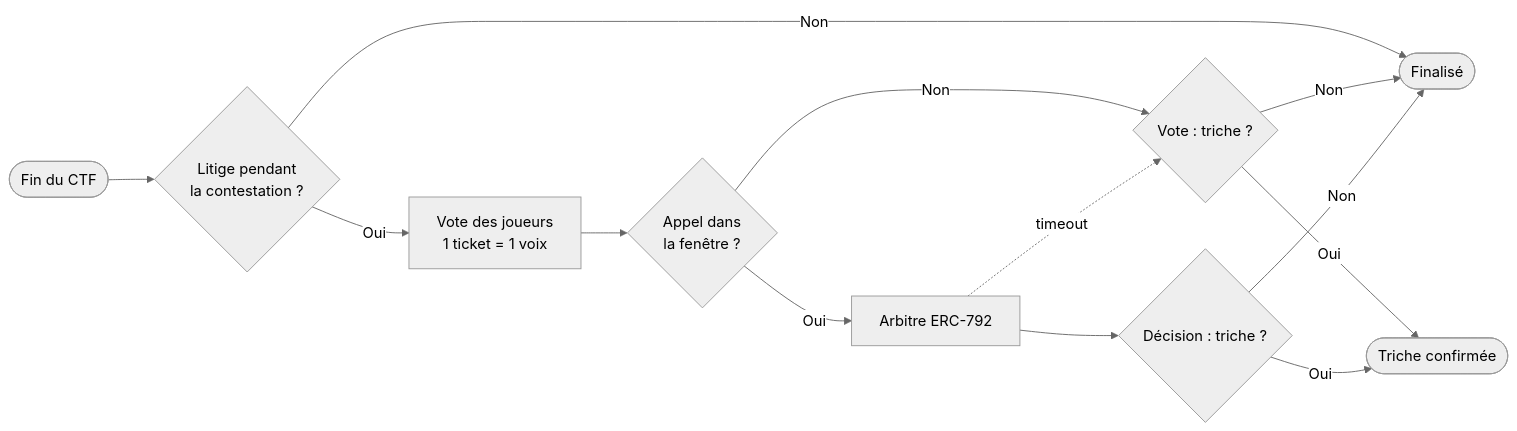
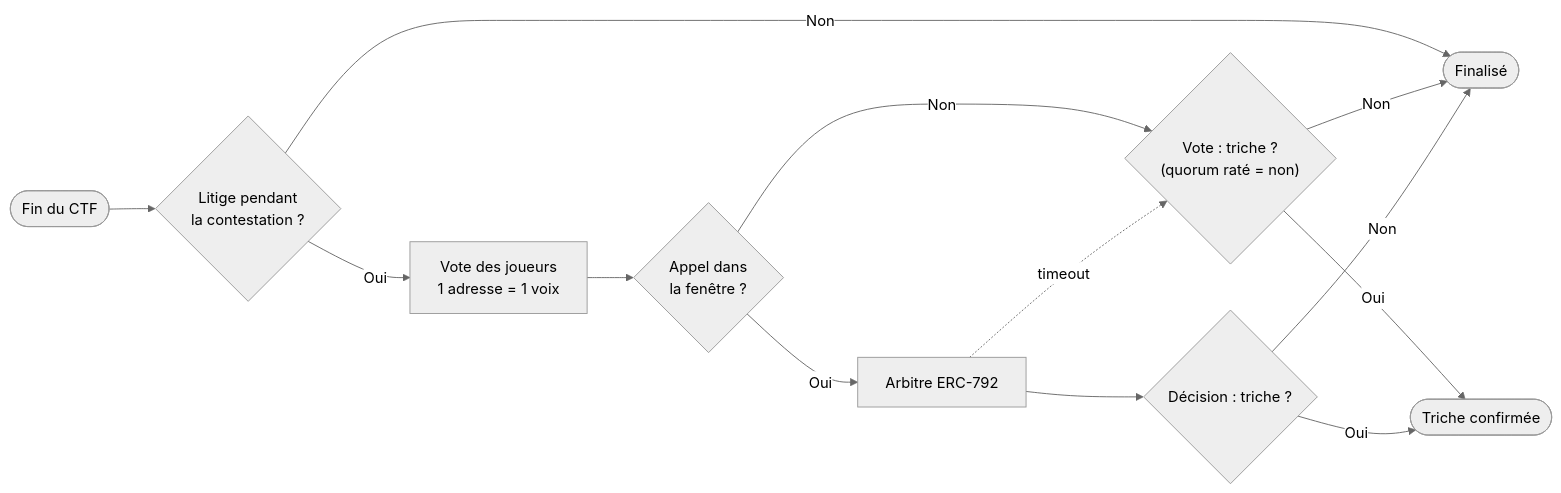
One commit to Victorbriez/Pwnpot changed the third of 3 diagrams in docs/DESIGN.md. Above: the diagram before and after it, drawn with Mermaid (neutral theme). The commit also changed other lines of this file and 3 other files, not shown here.

````diff
--- a/docs/DESIGN.md
+++ b/docs/DESIGN.md
@@ -107,15 +118,15 @@
 ```mermaid
 flowchart LR
     fin(["Fin du CTF"]) --> w{"Litige pendant<br/>la contestation ?"}
     w -->|"Non"| ok(["Finalisé"])
-    w -->|"Oui"| vote["Vote des joueurs<br/>1 ticket = 1 voix"]
+    w -->|"Oui"| vote["Vote des joueurs<br/>1 adresse = 1 voix"]
     vote --> ap{"Appel dans<br/>la fenêtre ?"}
-    ap -->|"Non"| v{"Vote : triche ?"}
+    ap -->|"Non"| v{"Vote : triche ?<br/>(quorum raté = non)"}
     ap -->|"Oui"| arb["Arbitre ERC-792"]
     arb --> v2{"Décision : triche ?"}
     arb -.->|"timeout"| v
     v -->|"Non"| ok
     v -->|"Oui"| ko(["Triche confirmée"])
     v2 -->|"Non"| ok
     v2 -->|"Oui"| ko
 ```
````
